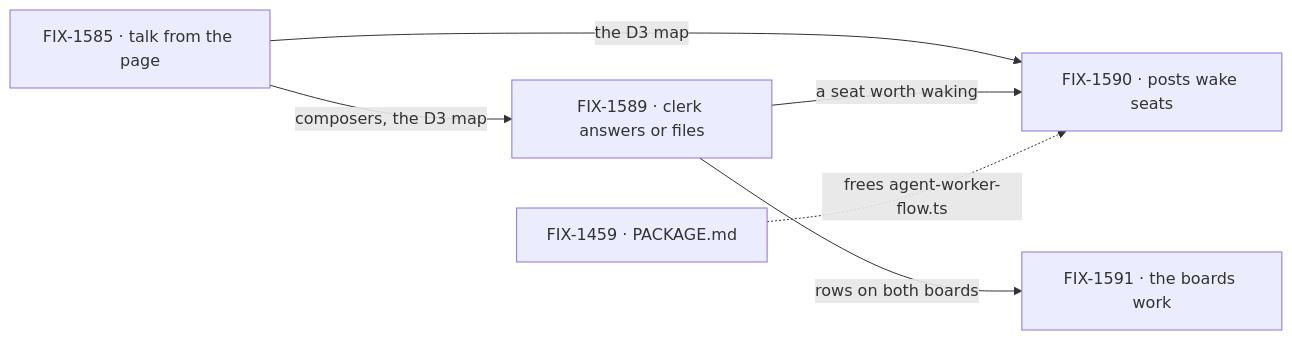
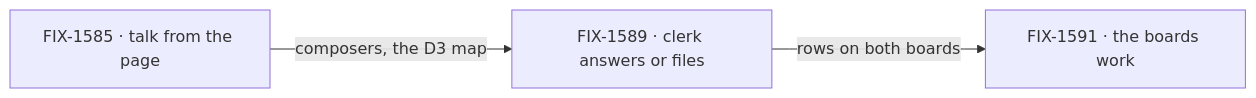
One commit to fixpoint-labs/flow-state-dev changed the diagram in specs/epics/FIX-1592/SPEC.md. Above: the diagram before and after it, drawn with Mermaid. The commit also changed other lines of this file and 8 other files, not shown here.

````diff
--- a/specs/epics/FIX-1592/SPEC.md
+++ b/specs/epics/FIX-1592/SPEC.md
@@ -66,8 +63,5 @@
 ```mermaid
 flowchart LR
   A["FIX-1585 · talk from the page"] -->|"composers, the D3 map"| B["FIX-1589 · clerk answers or files"]
-  A -->|"the D3 map"| C["FIX-1590 · posts wake seats"]
-  B -->|"a seat worth waking"| C
   B -->|"rows on both boards"| D["FIX-1591 · the boards work"]
-  L["FIX-1459 · PACKAGE.md"] -.->|"frees agent-worker-flow.ts"| C
 ```
````
